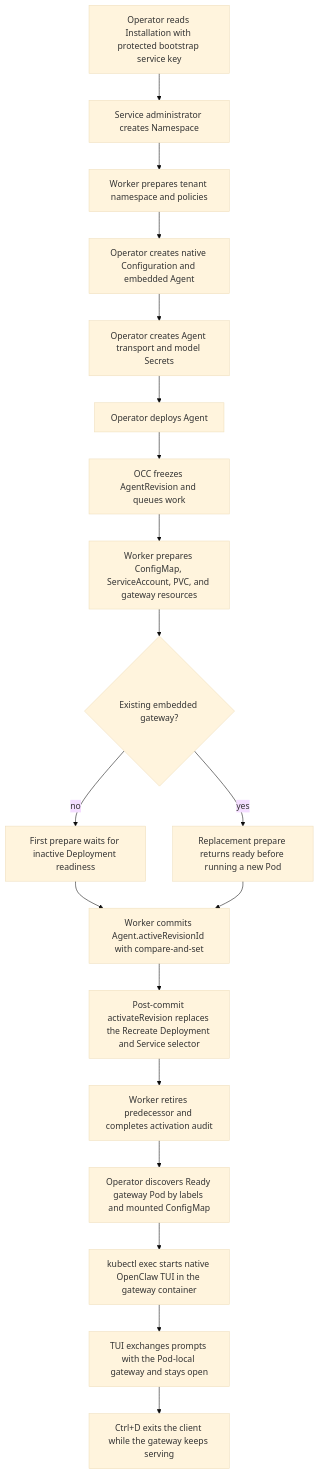
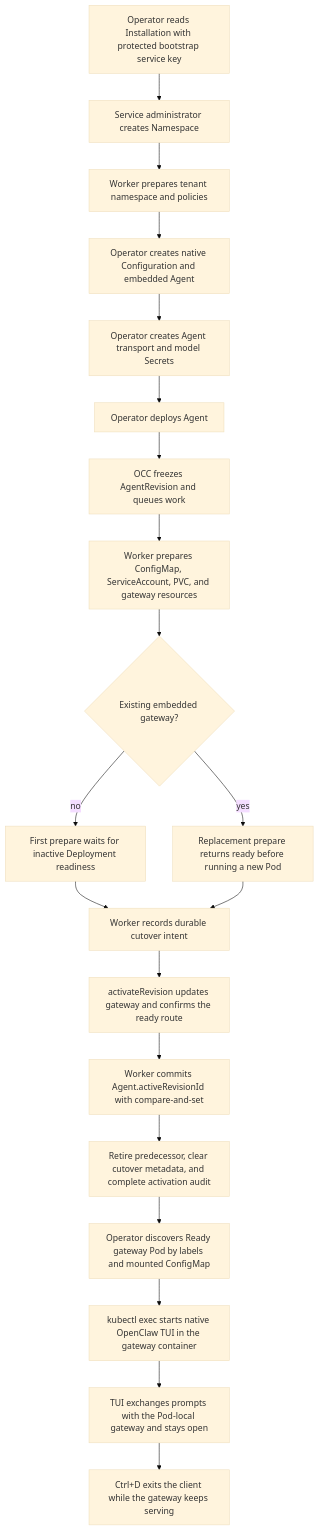
Before and after one commit to SebTardif/openclaw-enterprise: the diagram in docs/flows/production-tui.md, drawn with Mermaid (base theme). The commit also changed other lines of this file and 36 other files, not shown here.

````diff
--- a/docs/flows/production-tui.md
+++ b/docs/flows/production-tui.md
@@ -34,21 +34,22 @@
 ```mermaid
 graph TD
   Z["Operator reads Installation with protected bootstrap service key"] --> A["Service administrator creates Namespace"]
   A --> B["Worker prepares tenant namespace and policies"]
   B --> C["Operator creates native Configuration and embedded Agent"]
   C --> D["Operator creates Agent transport and model Secrets"]
   D --> E["Operator deploys Agent"]
   E --> F["OCC freezes AgentRevision and queues work"]
   F --> G["Worker prepares ConfigMap, ServiceAccount, PVC, and gateway resources"]
   G --> H{"Existing embedded gateway?"}
   H -->|no| I["First prepare waits for inactive Deployment readiness"]
   H -->|yes| J["Replacement prepare returns ready before running a new Pod"]
-  I --> K["Worker commits Agent.activeRevisionId with compare-and-set"]
+  I --> K["Worker records durable cutover intent"]
   J --> K
-  K --> L["Post-commit activateRevision replaces the Recreate Deployment and Service selector"]
-  L --> M["Worker retires predecessor and completes activation audit"]
+  K --> L["activateRevision updates gateway and confirms the ready route"]
+  L --> L2["Worker commits Agent.activeRevisionId with compare-and-set"]
+  L2 --> M["Retire predecessor, clear cutover metadata, and complete activation audit"]
   M --> N["Operator discovers Ready gateway Pod by labels and mounted ConfigMap"]
   N --> O["kubectl exec starts native OpenClaw TUI in the gateway container"]
   O --> P["TUI exchanges prompts with the Pod-local gateway and stays open"]
   P --> Q["Ctrl+D exits the client while the gateway keeps serving"]
 ```
````
